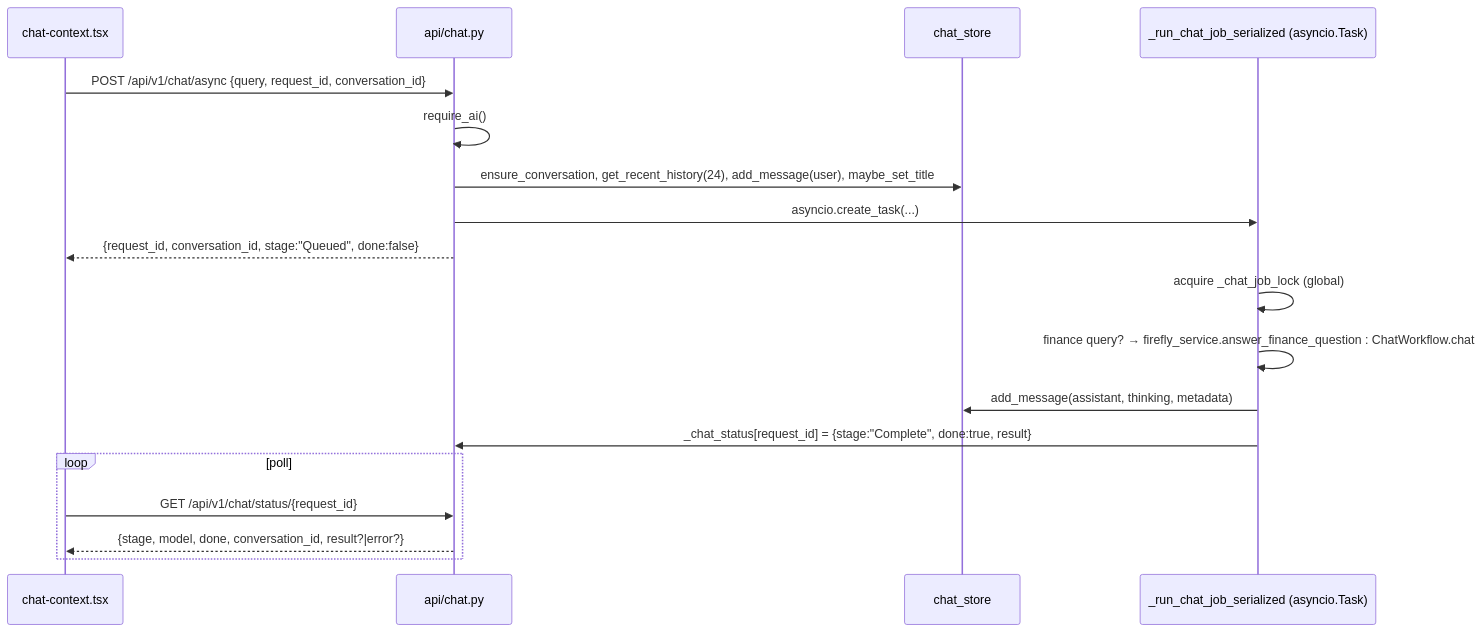
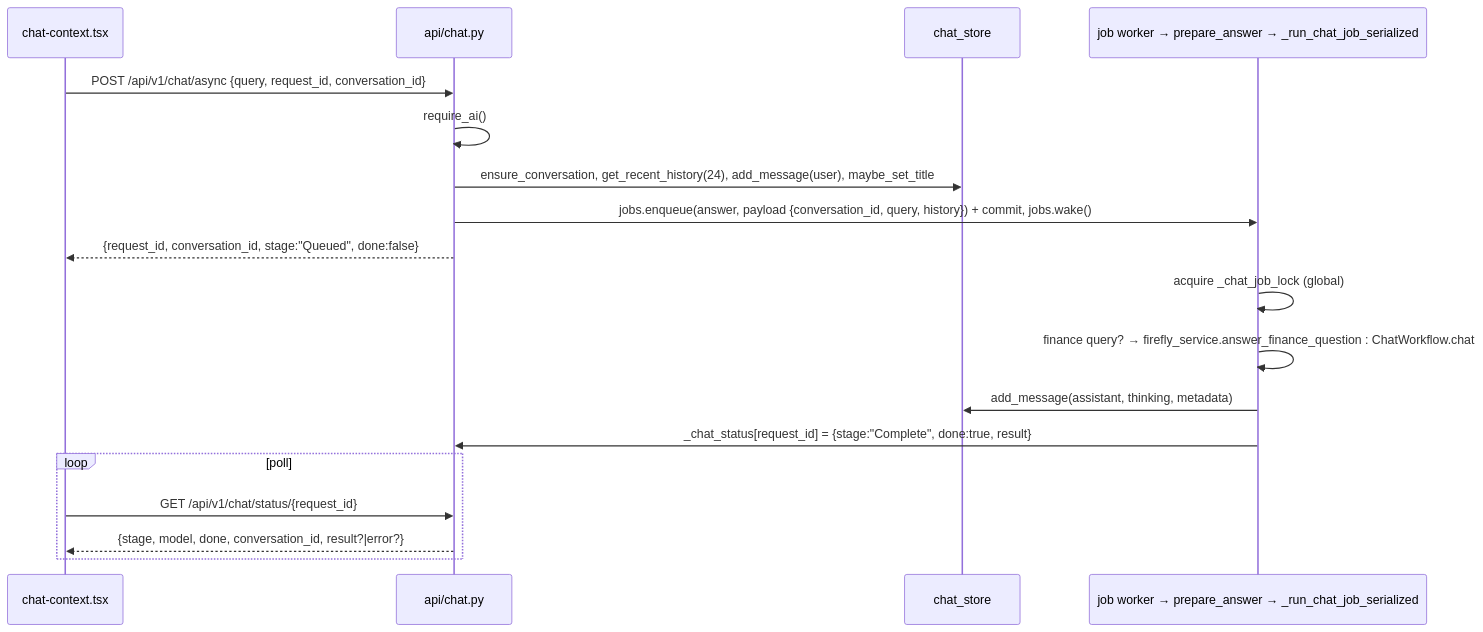
The second of 2 diagrams in Docs/07-api-reference.md (josetseph/Orb), drawn with Mermaid before and after one commit. The commit also changed other lines of this file and 60 other files, not shown here.

````diff
--- a/Docs/07-api-reference.md
+++ b/Docs/07-api-reference.md
@@ -309,20 +311,20 @@
 ```mermaid
 sequenceDiagram
     participant UI as chat-context.tsx
     participant API as api/chat.py
     participant CS as chat_store
-    participant Job as _run_chat_job_serialized (asyncio.Task)
+    participant Job as job worker → prepare_answer → _run_chat_job_serialized
     UI->>API: POST /api/v1/chat/async {query, request_id, conversation_id}
     API->>API: require_ai()
     API->>CS: ensure_conversation, get_recent_history(24), add_message(user), maybe_set_title
-    API->>Job: asyncio.create_task(...)
+    API->>Job: jobs.enqueue(answer, payload {conversation_id, query, history}) + commit, jobs.wake()
     API-->>UI: {request_id, conversation_id, stage:"Queued", done:false}
     Job->>Job: acquire _chat_job_lock (global)
     Job->>Job: finance query? → firefly_service.answer_finance_question : ChatWorkflow.chat
     Job->>CS: add_message(assistant, thinking, metadata)
     Job->>API: _chat_status[request_id] = {stage:"Complete", done:true, result}
     loop poll
         UI->>API: GET /api/v1/chat/status/{request_id}
         API-->>UI: {stage, model, done, conversation_id, result?|error?}
     end
 ```
````
